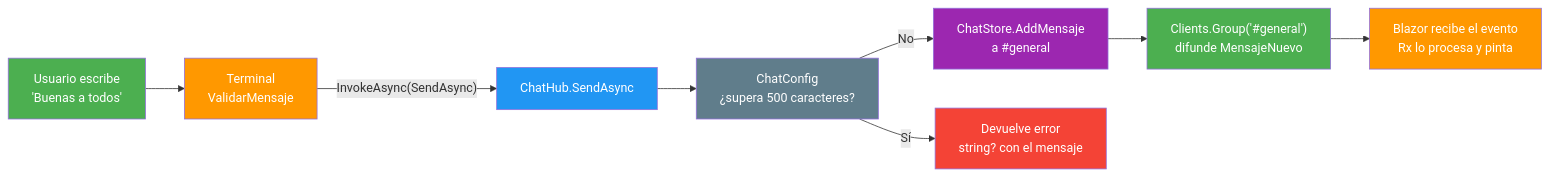
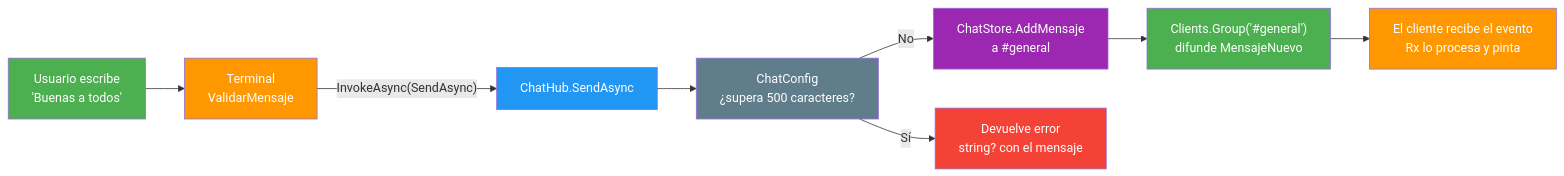
One commit to joseluisgs/AulaChatNet changed the third of 10 diagrams in docs/01-arquitectura-del-servidor.md. Above: the diagram before and after it, drawn with Mermaid. The commit also changed other lines of this file and 11 other files, not shown here.

````diff
--- a/docs/01-arquitectura-del-servidor.md
+++ b/docs/01-arquitectura-del-servidor.md
@@ -113,19 +201,19 @@
 ```mermaid
 flowchart LR
     C["Usuario escribe<br/>'Buenas a todos'"] --> TC["Terminal<br/>ValidarMensaje"]
     TC -->|"InvokeAsync(SendAsync)"| H["ChatHub.SendAsync"]
     H --> CF["ChatConfig<br/>¿supera 500 caracteres?"]
     CF -->|"No"| ST["ChatStore.AddMensaje<br/>a #general"]
     ST --> GR["Clients.Group('#general')<br/>difunde MensajeNuevo"]
-    GR --> PB["Blazor recibe el evento<br/>Rx lo procesa y pinta"]
+    GR --> PB["El cliente recibe el evento<br/>Rx lo procesa y pinta"]
     CF -->|"Sí"| E["Devuelve error<br/>string? con el mensaje"]
 
     style C fill:#4CAF50,color:#fff
     style TC fill:#FF9800,color:#fff
     style H fill:#2196F3,color:#fff
     style CF fill:#607D8B,color:#fff
     style ST fill:#9C27B0,color:#fff
     style GR fill:#4CAF50,color:#fff
     style PB fill:#FF9800,color:#fff
     style E fill:#f44336,color:#fff
 ```
````
